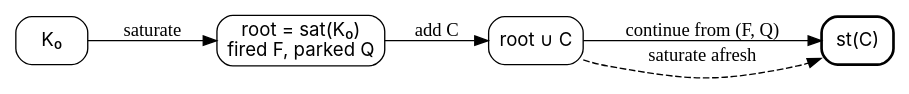
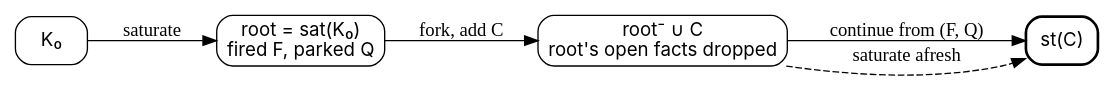
The diagram in docs/ein/reasoning/02-kb-evolution/diagrams/02-resume.dot (agutikov/ein), drawn with Graphviz before and after one commit. The commit also changed 138 other files, not shown here.

```diff
--- a/docs/ein/reasoning/02-kb-evolution/diagrams/02-resume.dot
+++ b/docs/ein/reasoning/02-kb-evolution/diagrams/02-resume.dot
@@ -1,12 +1,12 @@
 digraph resume {
   rankdir=LR;
   node [fontname="Inter", shape=box, style=rounded];
   K0 [label="K₀"];
   root [label="root = sat(K₀)\nfired F, parked Q"];
-  rc [label="root ∪ C"];
+  rc [label="root⁻ ∪ C\nroot's open facts dropped"];
   st [label="st(C)", penwidth=2];
   K0 -> root [label="saturate"];
-  root -> rc [label="add C"];
+  root -> rc [label="fork, add C"];
   rc -> st [label="continue from (F, Q)"];
   rc -> st [label="saturate afresh", style=dashed];
 }
```
